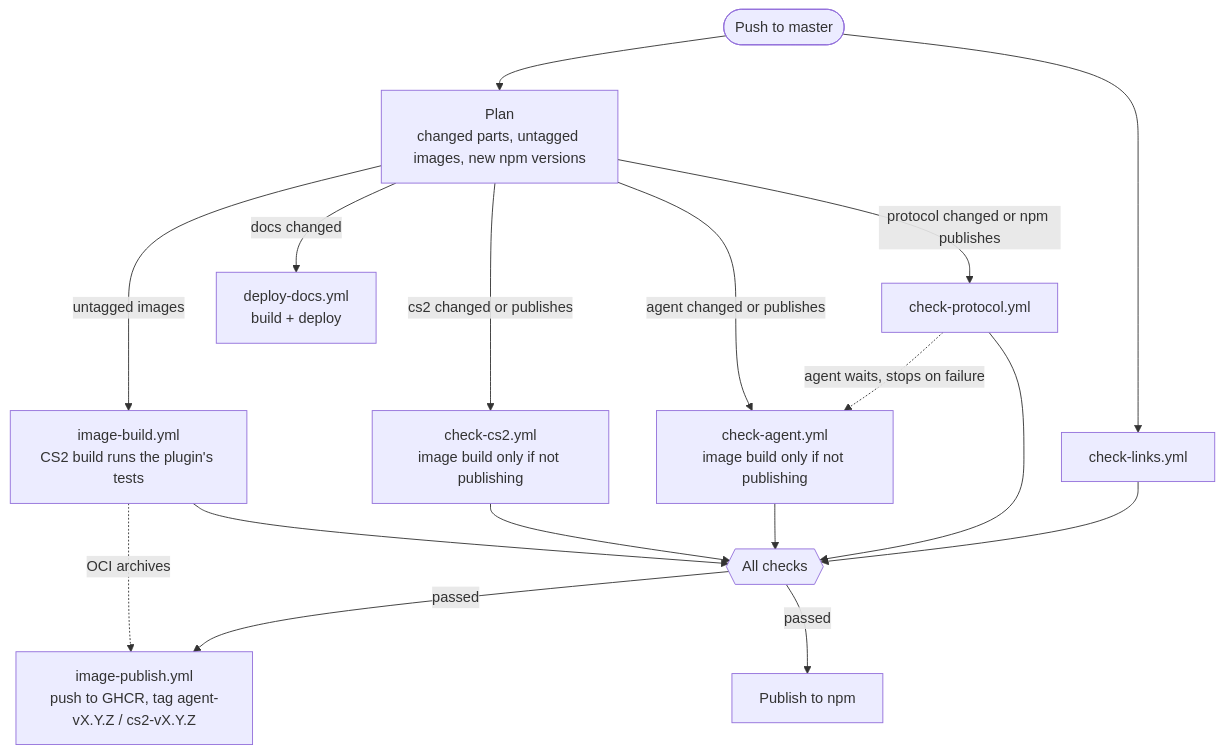
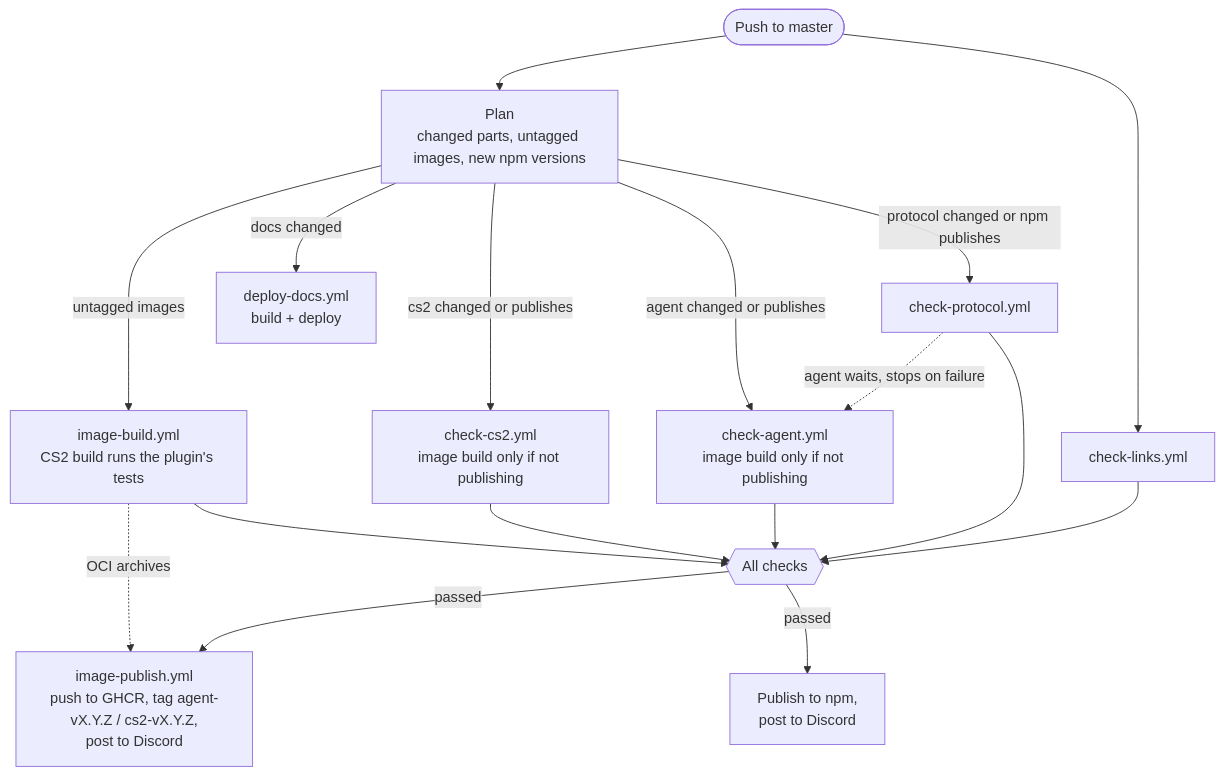
Before and after one commit to ankorcs/ankor: the second of 5 diagrams in .github/workflows/README.md, drawn with Mermaid. The commit also changed other lines of this file and 21 other files, not shown here.

Commit message:
(refactor): Don't ship protocol version in ankor crates (docs): Fix missing defaults, enums and non-working links (feat): Post to discord on updates (chore): Bump npm protocol version

````diff
--- a/.github/workflows/README.md
+++ b/.github/workflows/README.md
@@ -58,19 +58,19 @@
 ```mermaid
 flowchart TD
   push([Push to master]) --> plan["Plan<br/>changed parts, untagged images, new npm versions"]
   push --> links[check-links.yml]
   plan -- protocol changed or npm publishes --> protocol[check-protocol.yml]
   protocol -. agent waits, stops on failure .-> agent
   plan -- agent changed or publishes --> agent["check-agent.yml<br/>image build only if not publishing"]
   plan -- cs2 changed or publishes --> cs2["check-cs2.yml<br/>image build only if not publishing"]
   plan -- untagged images --> build["image-build.yml<br/>CS2 build runs the plugin's tests"]
   plan -- docs changed --> docs["deploy-docs.yml<br/>build + deploy"]
   links --> all{{All checks}}
   protocol --> all
   agent --> all
   cs2 --> all
   build --> all
-  all -- passed --> ghcr["image-publish.yml<br/>push to GHCR, tag agent-vX.Y.Z / cs2-vX.Y.Z"]
-  all -- passed --> npm[Publish to npm]
+  all -- passed --> ghcr["image-publish.yml<br/>push to GHCR, tag agent-vX.Y.Z / cs2-vX.Y.Z,<br/>post to Discord"]
+  all -- passed --> npm["Publish to npm,<br/>post to Discord"]
   build -. OCI archives .-> ghcr
 ```
````
